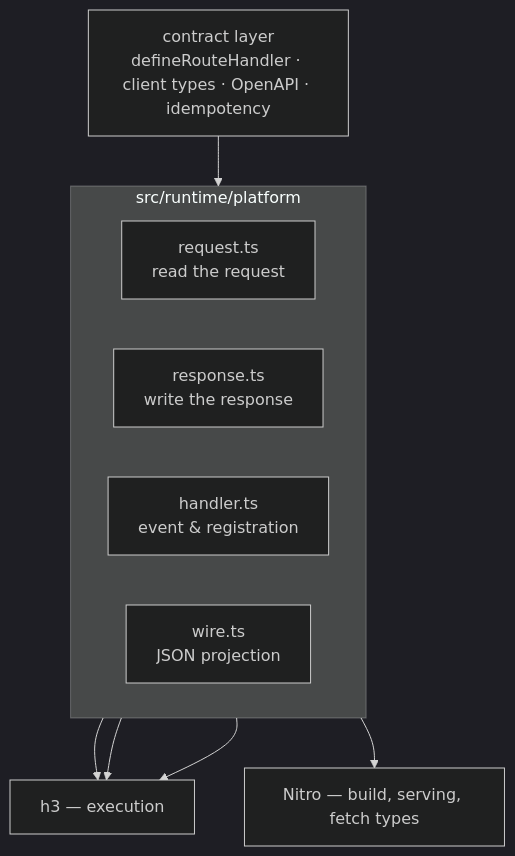
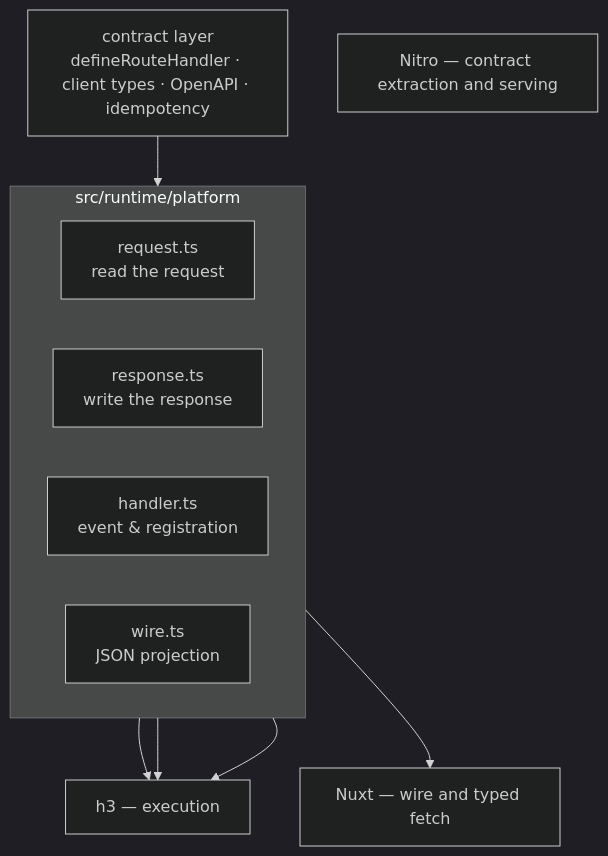
One commit to nuxt-endpoints/nuxt-endpoints changed the diagram in src/runtime/platform/README.md. Above: the diagram before and after it, drawn with Mermaid (dark theme). The commit also changed other lines of this file and 22 other files, not shown here.

````diff
--- a/src/runtime/platform/README.md
+++ b/src/runtime/platform/README.md
@@ -14,19 +14,20 @@
 ```mermaid
 flowchart TB
     contract["contract layer<br/>defineRouteHandler · client types · OpenAPI · idempotency"]
     subgraph seam["src/runtime/platform"]
         direction LR
         request["request.ts<br/>read the request"]
         response["response.ts<br/>write the response"]
         handler["handler.ts<br/>event & registration"]
         wire["wire.ts<br/>JSON projection"]
     end
     h3["h3 — execution"]
-    nitro["Nitro — build, serving, fetch types"]
+    nitro["Nitro — contract extraction and serving"]
+    nuxt["Nuxt — wire and typed fetch"]
 
     contract --> seam
     request --> h3
     response --> h3
     handler --> h3
-    wire --> nitro
+    wire --> nuxt
 ```
````
